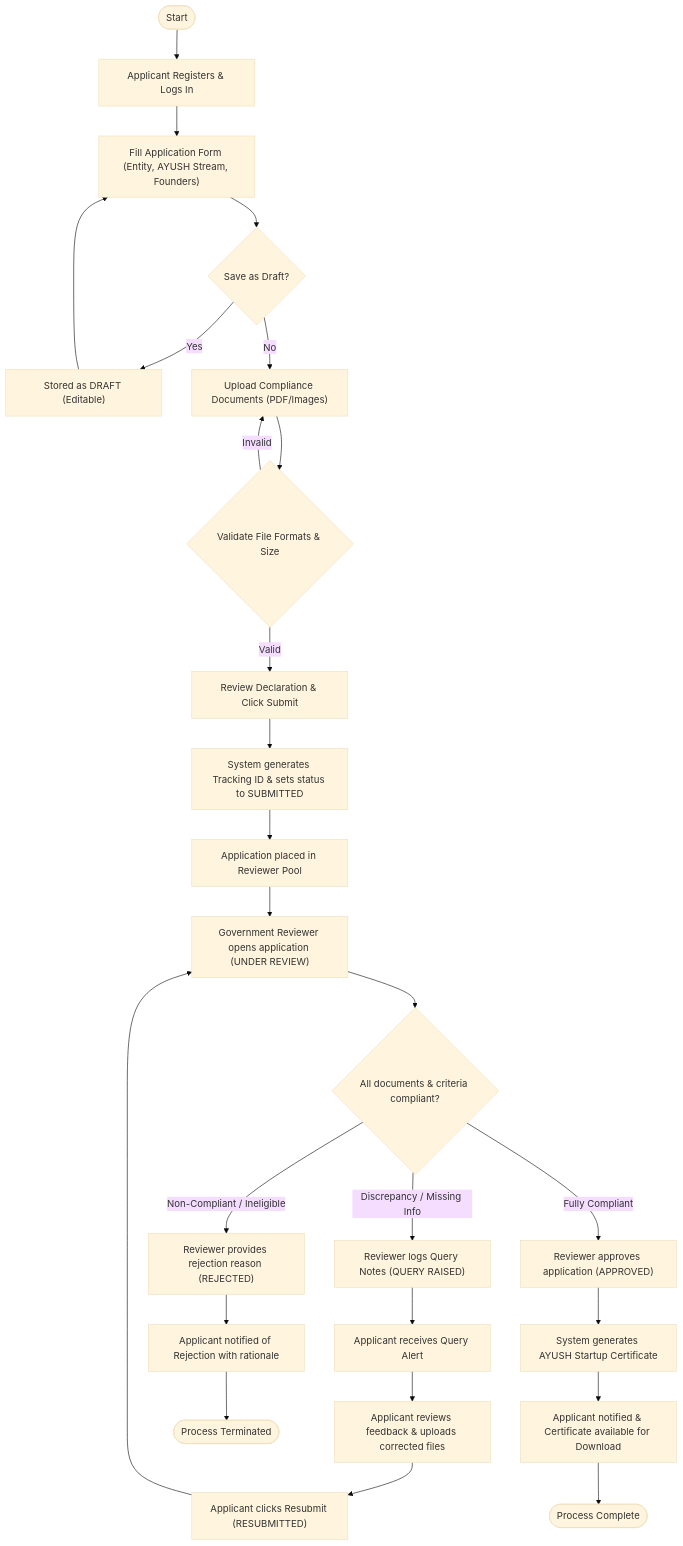
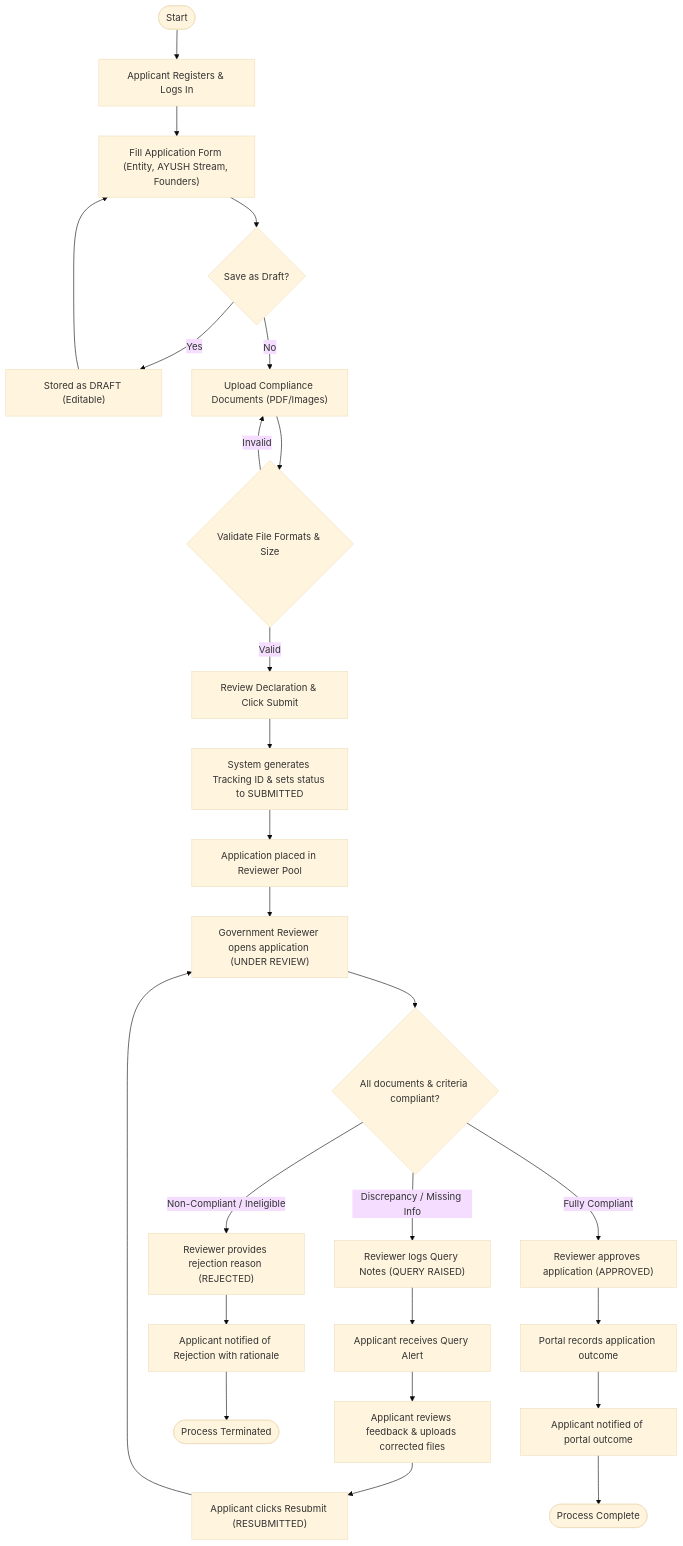
The second of 2 diagrams in docs/application-workflow.md (Prakhar-Jaiswal17/AYUSH-Startup-Registration-Portal), drawn with Mermaid (base theme) before and after one commit. The commit also changed other lines of this file and 17 other files, not shown here.

Commit message:
feat(frontend): prepare API client and clean up application flow

````diff
--- a/docs/application-workflow.md
+++ b/docs/application-workflow.md
@@ -109,38 +108,38 @@
 ```mermaid
 flowchart TD
     %% Start
     Start(["Start"]) --> Register["Applicant Registers & Logs In"]
     Register --> FillForm["Fill Application Form (Entity, AYUSH Stream, Founders)"]
     FillForm --> SaveDraft{"Save as Draft?"}
     
     SaveDraft -- "Yes" --> DraftStored["Stored as DRAFT (Editable)"]
     DraftStored --> FillForm
     
     SaveDraft -- "No" --> UploadDocs["Upload Compliance Documents (PDF/Images)"]
     UploadDocs --> ValidateDocs{"Validate File Formats & Size"}
     ValidateDocs -- "Invalid" --> UploadDocs
     ValidateDocs -- "Valid" --> SubmitApp["Review Declaration & Click Submit"]
     
     SubmitApp --> GenerateID["System generates Tracking ID & sets status to SUBMITTED"]
     GenerateID --> ReviewQueue["Application placed in Reviewer Pool"]
     
     ReviewQueue --> OpenApp["Government Reviewer opens application (UNDER REVIEW)"]
     OpenApp --> CheckCompliance{"All documents & criteria compliant?"}
     
     %% Query Path
     CheckCompliance -- "Discrepancy / Missing Info" --> RaiseQuery["Reviewer logs Query Notes (QUERY RAISED)"]
     RaiseQuery --> NotifyApplicant["Applicant receives Query Alert"]
     NotifyApplicant --> ViewQuery["Applicant reviews feedback & uploads corrected files"]
     ViewQuery --> Resubmit["Applicant clicks Resubmit (RESUBMITTED)"]
     Resubmit --> OpenApp
     
     %% Adjudication Paths
     CheckCompliance -- "Non-Compliant / Ineligible" --> Reject["Reviewer provides rejection reason (REJECTED)"]
     Reject --> NotifyReject["Applicant notified of Rejection with rationale"]
     NotifyReject --> EndReject(["Process Terminated"])
     
     CheckCompliance -- "Fully Compliant" --> Approve["Reviewer approves application (APPROVED)"]
-    Approve --> IssueCert["System generates AYUSH Startup Certificate"]
-    IssueCert --> NotifyApprove["Applicant notified & Certificate available for Download"]
+    Approve --> RecordOutcome["Portal records application outcome"]
+    RecordOutcome --> NotifyApprove["Applicant notified of portal outcome"]
     NotifyApprove --> EndApprove(["Process Complete"])
 ```
````
